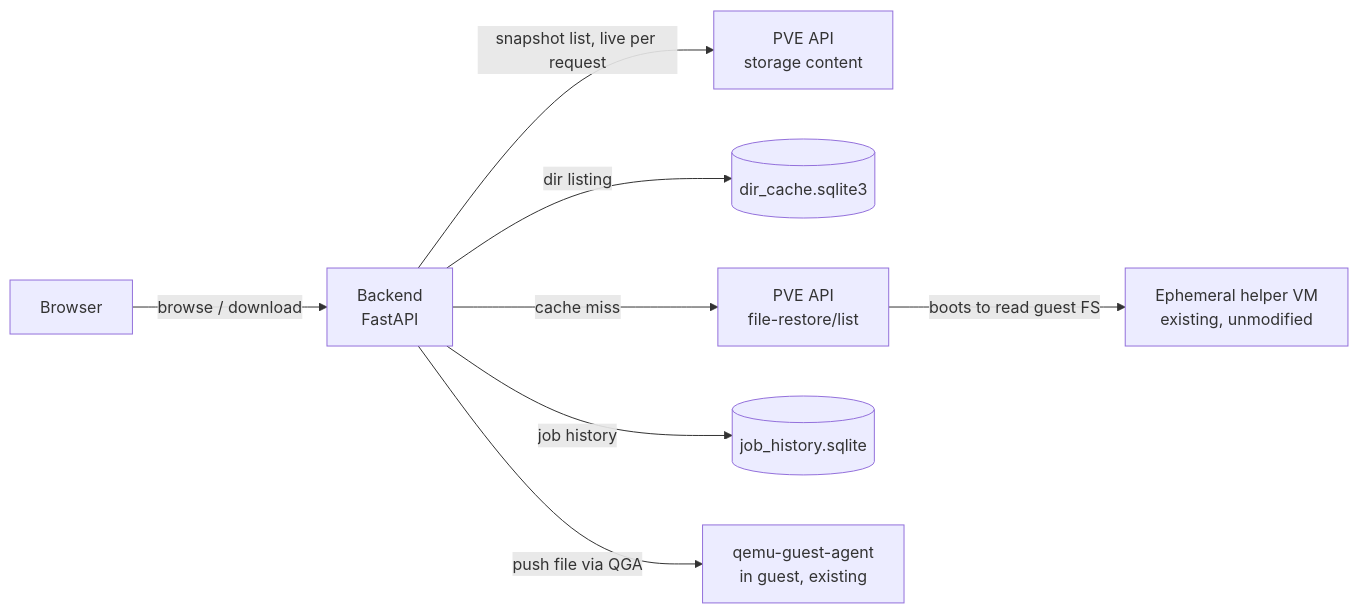
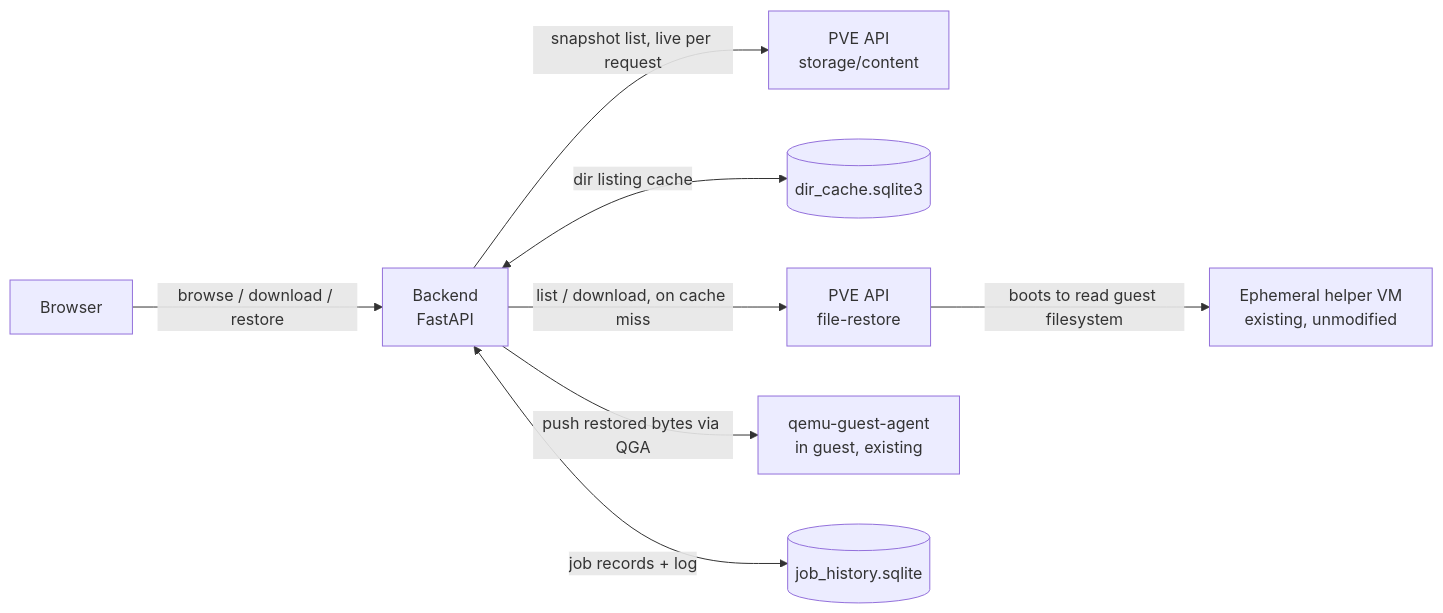
Before and after one commit to treycentric/pve-flr-portal: the diagram in docs/architecture.md, drawn with Mermaid. The commit also changed other lines of this file, not shown here.

Commit message:
docs(architecture): show download/restore flowing through file-restore + helper VM
The diagram only showed file-restore/list reaching the helper VM -
download and restore-to-guest go through the same file-restore/download
endpoint and the same helper VM, which wasn't represented.

````diff
--- a/docs/architecture.md
+++ b/docs/architecture.md
@@ -17,10 +17,10 @@
 ```mermaid
 flowchart LR
-    Browser -->|browse / download| Backend[Backend<br/>FastAPI]
-    Backend -->|snapshot list, live per request| PVEc[PVE API<br/>storage content]
-    Backend -->|dir listing| Cache[(dir_cache.sqlite3)]
-    Backend -->|cache miss| PVE[PVE API<br/>file-restore/list]
-    Backend -->|job history| JobDB[(job_history.sqlite)]
-    PVE -->|boots to read guest FS| Helper[Ephemeral helper VM<br/>existing, unmodified]
-    Backend -->|push file via QGA| QGA[qemu-guest-agent<br/>in guest, existing]
+    Browser -->|browse / download / restore| Backend[Backend<br/>FastAPI]
+    Backend -->|snapshot list, live per request| PVEc[PVE API<br/>storage/content]
+    Backend <-->|dir listing cache| Cache[(dir_cache.sqlite3)]
+    Backend -->|list / download, on cache miss| PVE[PVE API<br/>file-restore]
+    PVE -->|boots to read guest filesystem| Helper[Ephemeral helper VM<br/>existing, unmodified]
+    Backend -->|push restored bytes via QGA| QGA[qemu-guest-agent<br/>in guest, existing]
+    Backend <-->|job records + log| JobDB[(job_history.sqlite)]
 ```
````
